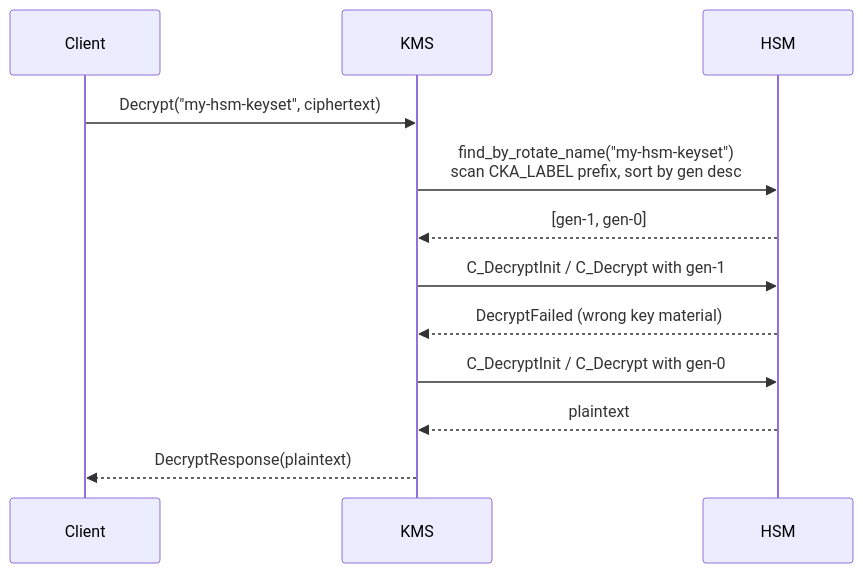
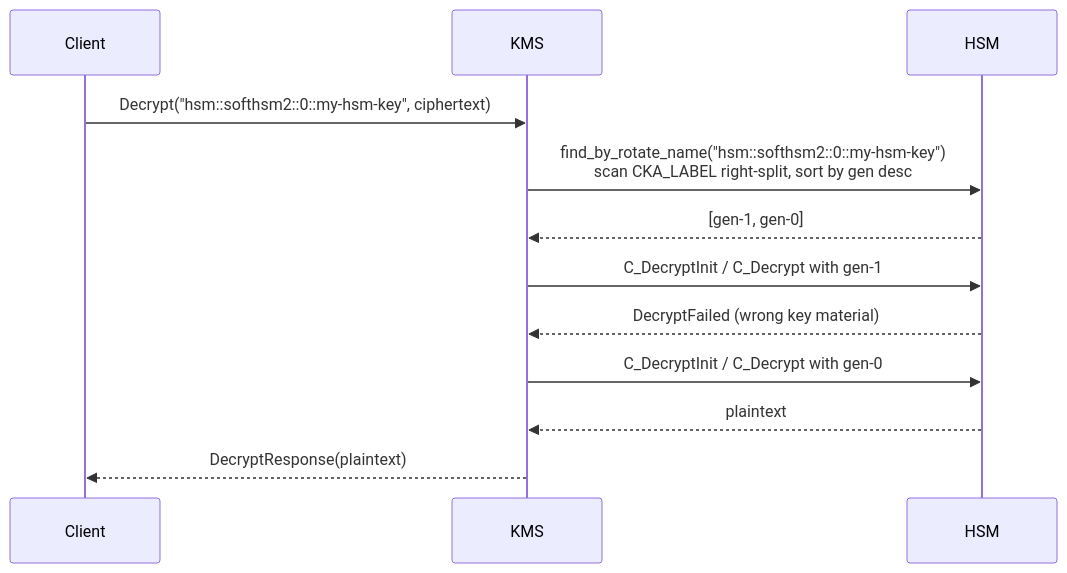
One commit to Cosmian/kms changed the second of 2 diagrams in documentation/docs/kmip_support/key_rotation/hsm.md. Above: the diagram before and after it, drawn with Mermaid. The commit also changed other lines of this file and 29 other files, not shown here.

Commit message:
feat: hsm keyset feature

````diff
--- a/documentation/docs/kmip_support/key_rotation/hsm.md
+++ b/documentation/docs/kmip_support/key_rotation/hsm.md
@@ -138,15 +200,15 @@
 ```mermaid
 sequenceDiagram
     participant Client
     participant KMS
     participant HSM
 
-    Client->>KMS: Decrypt("my-hsm-keyset", ciphertext)
-    KMS->>HSM: find_by_rotate_name("my-hsm-keyset")<br/>scan CKA_LABEL prefix, sort by gen desc
+    Client->>KMS: Decrypt("hsm::softhsm2::0::my-hsm-key", ciphertext)
+    KMS->>HSM: find_by_rotate_name("hsm::softhsm2::0::my-hsm-key")<br/>scan CKA_LABEL right-split, sort by gen desc
     HSM-->>KMS: [gen-1, gen-0]
     KMS->>HSM: C_DecryptInit / C_Decrypt with gen-1
     HSM-->>KMS: DecryptFailed (wrong key material)
     KMS->>HSM: C_DecryptInit / C_Decrypt with gen-0
     HSM-->>KMS: plaintext
     KMS-->>Client: DecryptResponse(plaintext)
 ```
````
